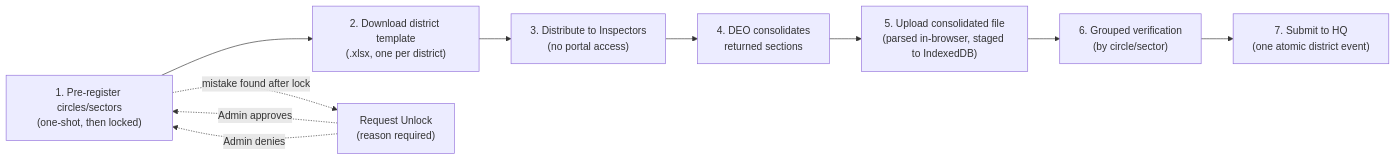
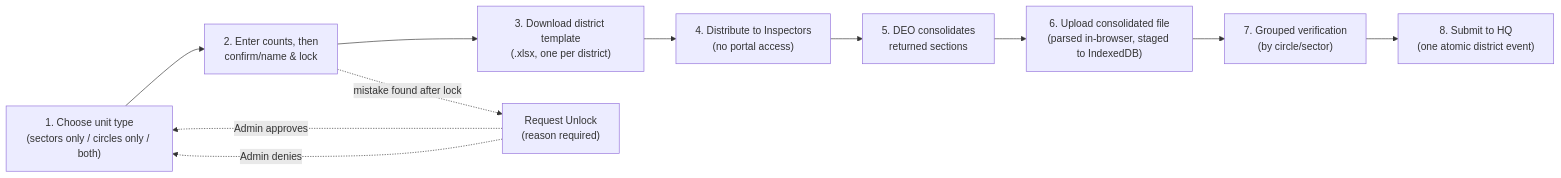
The first of 2 diagrams in roadmap.md (SubhanRaj/up-excise-spatial-revenue-optimizer), drawn with Mermaid before and after one commit. The commit also changed other lines of this file and 10 other files, not shown here.

First line of the commit message:
Fix has_cl5cc boolean-parse bug, redesign Circles/Sectors as 3-step wizard

````diff
--- a/roadmap.md
+++ b/roadmap.md
@@ -158,13 +158,14 @@
 ```mermaid
 flowchart LR
-    A["1. Pre-register circles/sectors\n(one-shot, then locked)"] --> B["2. Download district template\n(.xlsx, one per district)"]
-    B --> C["3. Distribute to Inspectors\n(no portal access)"]
-    C --> D["4. DEO consolidates\nreturned sections"]
-    D --> E["5. Upload consolidated file\n(parsed in-browser, staged to IndexedDB)"]
-    E --> F["6. Grouped verification\n(by circle/sector)"]
-    F --> G["7. Submit to HQ\n(one atomic district event)"]
+    T["1. Choose unit type\n(sectors only / circles only / both)"] --> A["2. Enter counts, then\nconfirm/name & lock"]
+    A --> B["3. Download district template\n(.xlsx, one per district)"]
+    B --> C["4. Distribute to Inspectors\n(no portal access)"]
+    C --> D["5. DEO consolidates\nreturned sections"]
+    D --> E["6. Upload consolidated file\n(parsed in-browser, staged to IndexedDB)"]
+    E --> F["7. Grouped verification\n(by circle/sector)"]
+    F --> G["8. Submit to HQ\n(one atomic district event)"]
 
     A -.->|mistake found after lock| U["Request Unlock\n(reason required)"]
-    U -.->|Admin approves| A
-    U -.->|Admin denies| A
+    U -.->|Admin approves| T
+    U -.->|Admin denies| T
 ```
````
